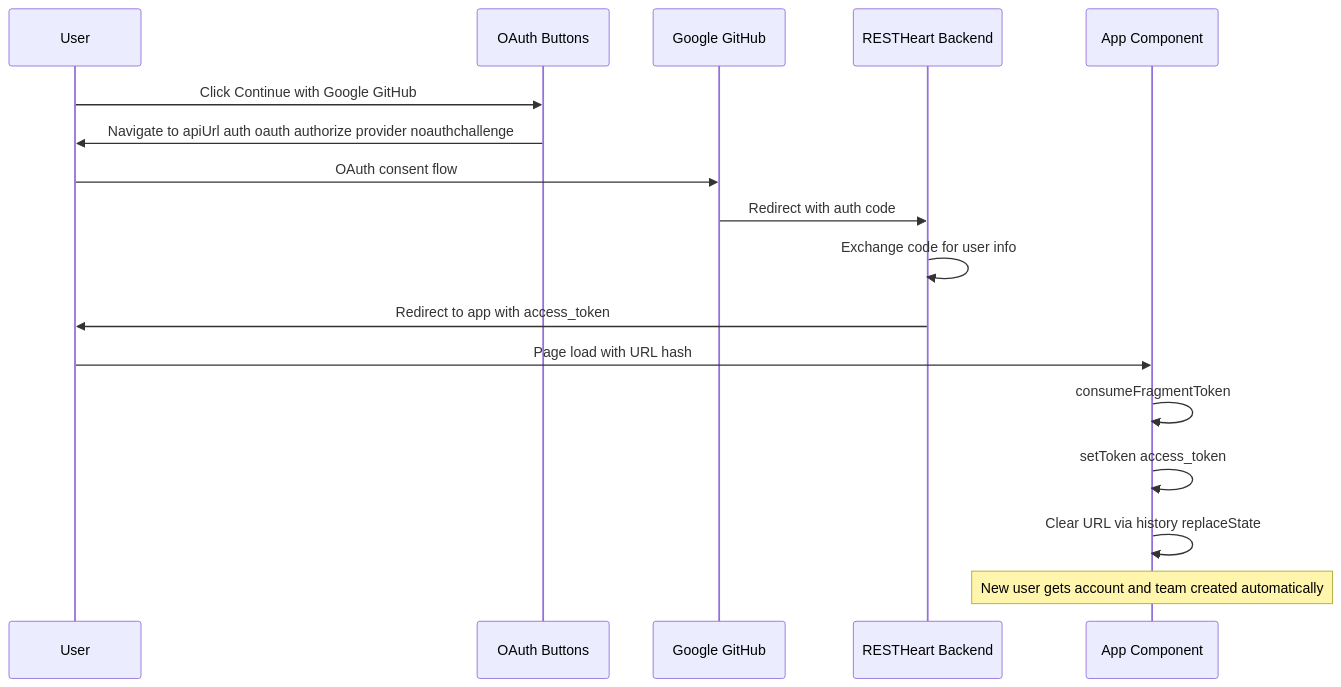
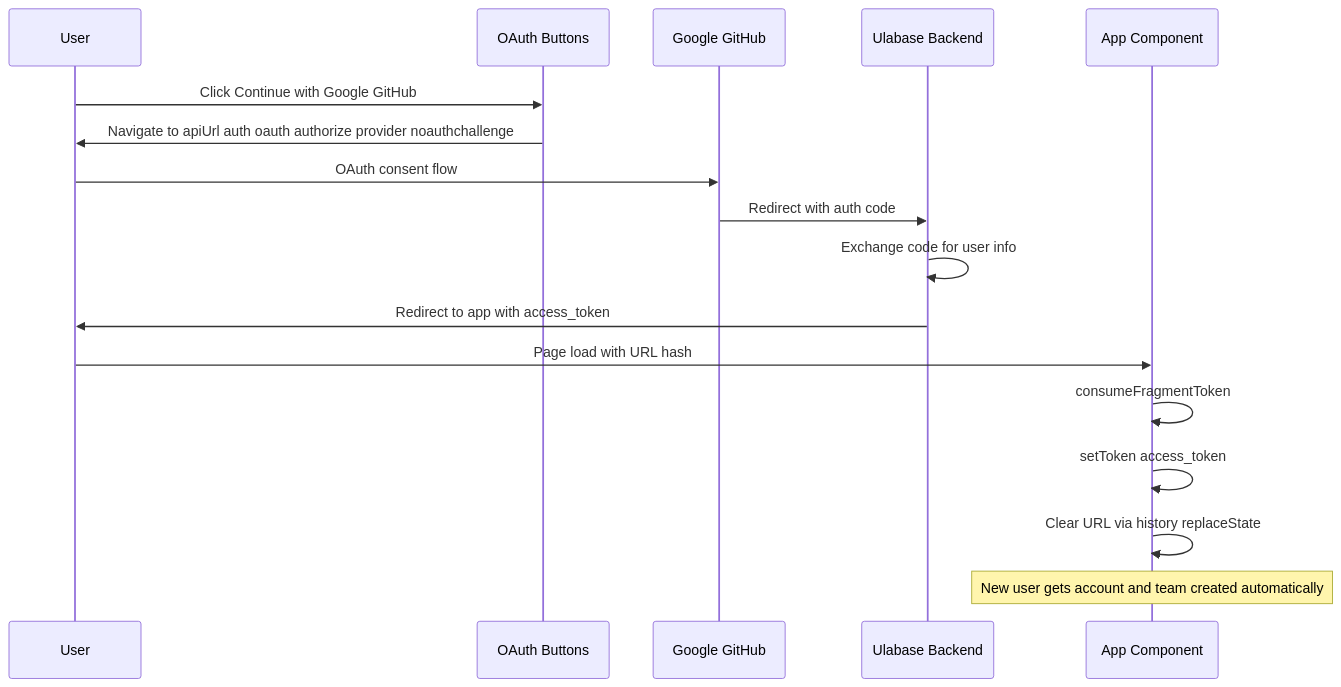
One commit to SoftInstigate/restheart-cloud-starter-ng changed the second of 4 diagrams in openwiki/workflows.md. Above: the diagram before and after it, drawn with Mermaid. The commit also changed other lines of this file and 22 other files, not shown here.

````diff
--- a/openwiki/workflows.md
+++ b/openwiki/workflows.md
@@ -114,23 +117,23 @@
 ```mermaid
 sequenceDiagram
     participant User as User
     participant OAuth as OAuth Buttons
     participant Provider as Google GitHub
-    participant Backend as RESTHeart Backend
+    participant Backend as Ulabase Backend
     participant App as App Component
 
     User->>OAuth: Click Continue with Google GitHub
     OAuth->>User: Navigate to apiUrl auth oauth authorize provider noauthchallenge
 
     User->>Provider: OAuth consent flow
     Provider->>Backend: Redirect with auth code
     Backend->>Backend: Exchange code for user info
     Backend->>User: Redirect to app with access_token
 
     User->>App: Page load with URL hash
     App->>App: consumeFragmentToken
     App->>App: setToken access_token
     App->>App: Clear URL via history replaceState
 
     Note over App: New user gets account and team created automatically
 ```
````
